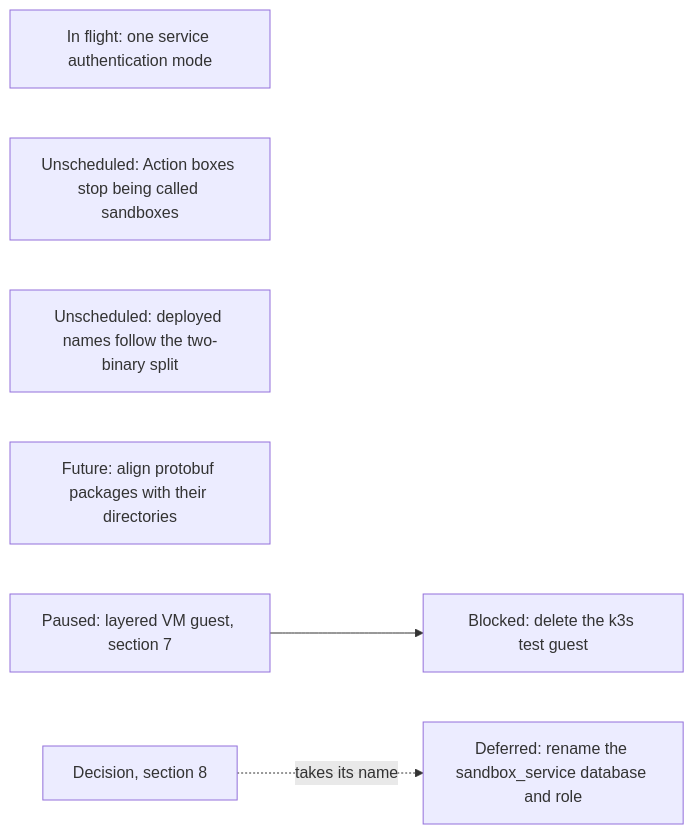
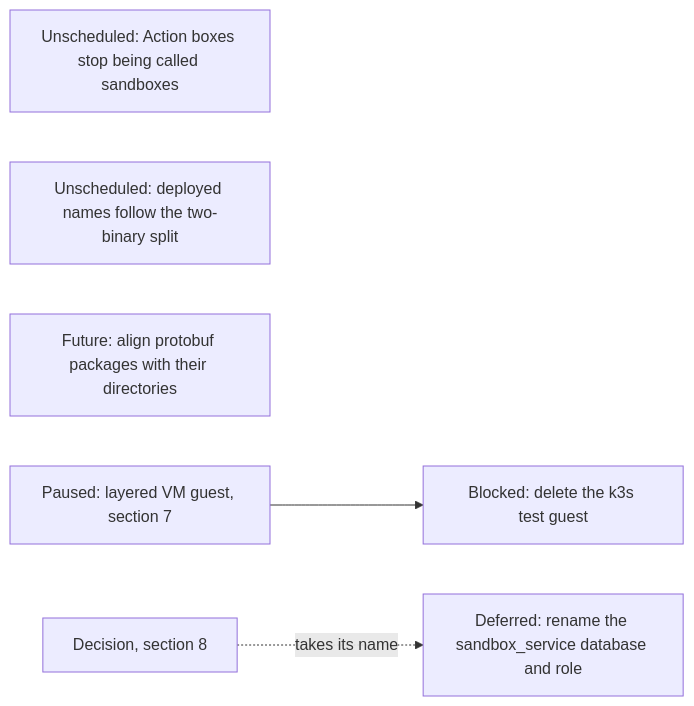
Diagram 18 of 20 in agentplane/plans/task_dag.md (agentydragon/ducktape), drawn with Mermaid before and after one commit. The commit also changed other lines of this file and 10 other files, not shown here.

Commit message:
Close the service SVID cutover plans and reconcile authentication docs

````diff
--- a/agentplane/plans/task_dag.md
+++ b/agentplane/plans/task_dag.md
@@ -3593,9 +3589,8 @@
 ```mermaid
 flowchart LR
-    PRIVILEGED_BACKEND_AUTH_DESIGN[In flight: one service authentication mode]
     ACTION_BOX_RENAME[Unscheduled: Action boxes stop being called sandboxes]
     RUNNER_GATEWAY_RENAME[Unscheduled: deployed names follow the two-binary split]
     PROTO_PACKAGE_ALIGNMENT[Future: align protobuf packages with their directories]
     RUNNER_LAYERING_VM[Paused: layered VM guest, section 7] --> K3S_TEST_GUEST_RETIRE[Blocked: delete the k3s test guest]
     HISTORY_SERVICE_RENAME[Decision, section 8] -. takes its name .-> HISTORY_DATABASE_RENAME[Deferred: rename the sandbox_service database and role]
 ```
````
